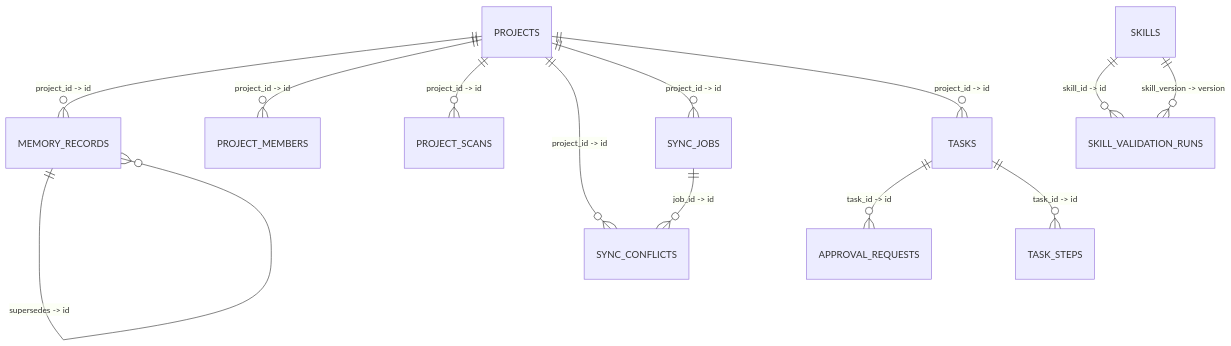
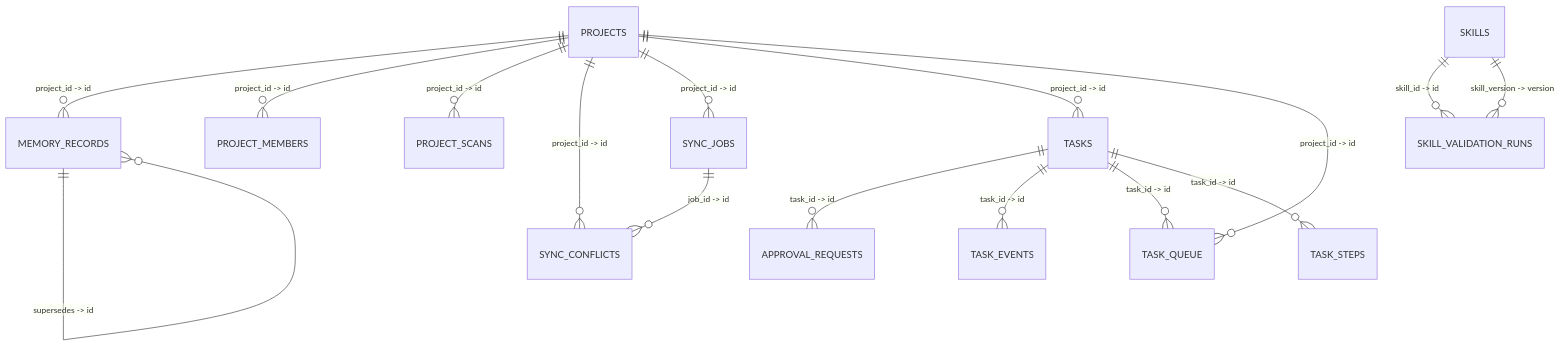
Before and after one commit to khalilo-cs/YM_DEV: the diagram in docs/DATABASE_SCHEMA.md, drawn with Mermaid. The commit also changed other lines of this file and 6 other files, not shown here.

````diff
--- a/docs/DATABASE_SCHEMA.md
+++ b/docs/DATABASE_SCHEMA.md
@@ -18,15 +19,18 @@
 ```mermaid
 erDiagram
     MEMORY_RECORDS ||--o{ MEMORY_RECORDS : "supersedes -> id"
     PROJECTS ||--o{ MEMORY_RECORDS : "project_id -> id"
     PROJECTS ||--o{ PROJECT_MEMBERS : "project_id -> id"
     PROJECTS ||--o{ PROJECT_SCANS : "project_id -> id"
     PROJECTS ||--o{ SYNC_CONFLICTS : "project_id -> id"
     PROJECTS ||--o{ SYNC_JOBS : "project_id -> id"
     PROJECTS ||--o{ TASKS : "project_id -> id"
+    PROJECTS ||--o{ TASK_QUEUE : "project_id -> id"
     SKILLS ||--o{ SKILL_VALIDATION_RUNS : "skill_id -> id"
     SKILLS ||--o{ SKILL_VALIDATION_RUNS : "skill_version -> version"
     SYNC_JOBS ||--o{ SYNC_CONFLICTS : "job_id -> id"
     TASKS ||--o{ APPROVAL_REQUESTS : "task_id -> id"
+    TASKS ||--o{ TASK_EVENTS : "task_id -> id"
+    TASKS ||--o{ TASK_QUEUE : "task_id -> id"
     TASKS ||--o{ TASK_STEPS : "task_id -> id"
 ```
````
